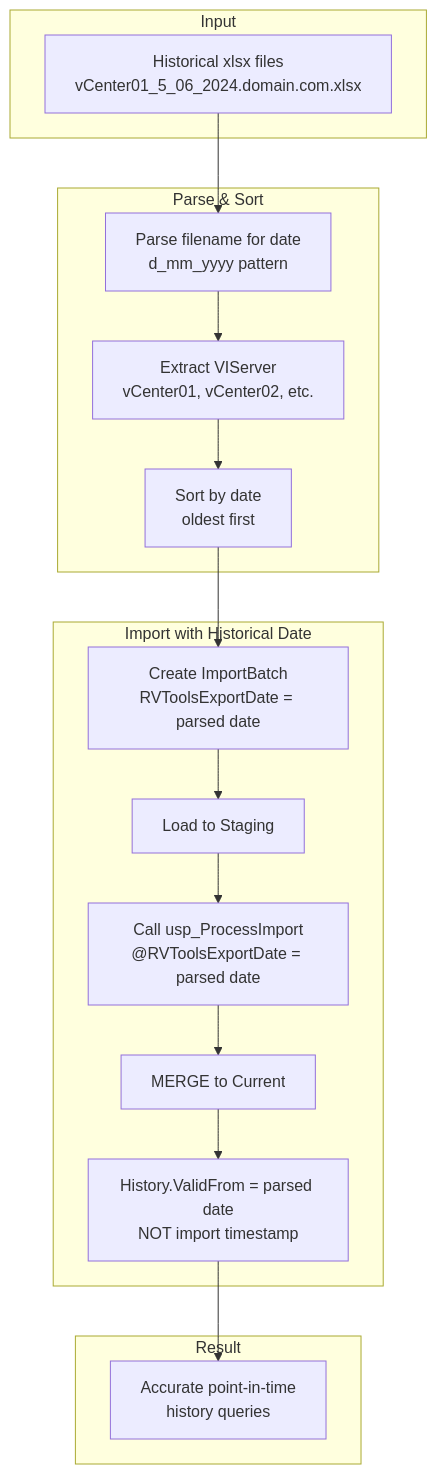
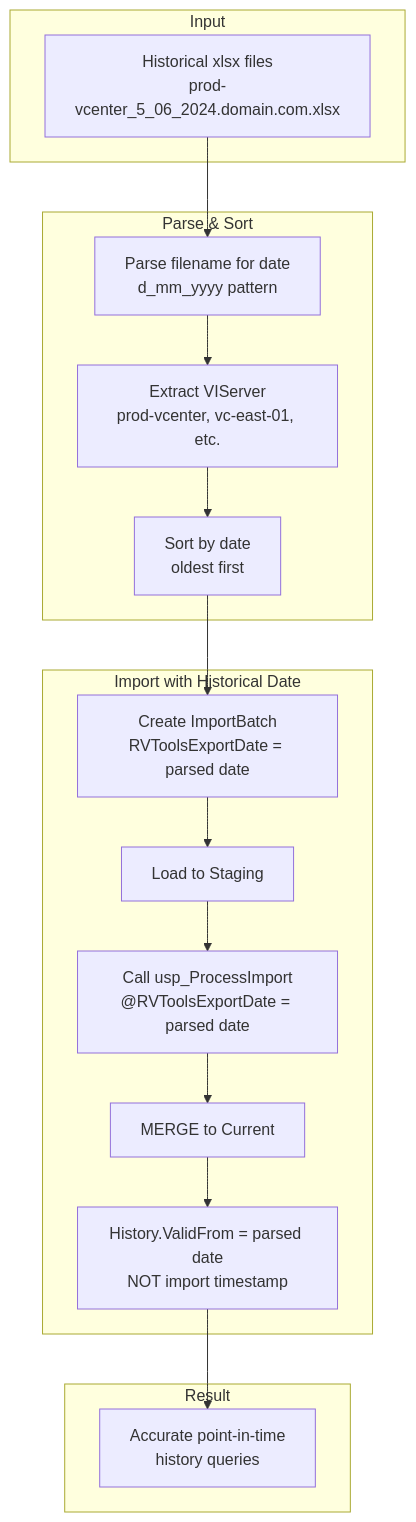
One commit to bankielewicz/rvtools-sql-server-data-warehouse changed the third of 3 diagrams in docs/architecture/data-flow.md. Above: the diagram before and after it, drawn with Mermaid. The commit also changed other lines of this file and 7 other files, not shown here.

First line of the commit message:
feat: Support flexible vCenter naming in historical import

````diff
--- a/docs/architecture/data-flow.md
+++ b/docs/architecture/data-flow.md
@@ -188,27 +192,27 @@
 ```mermaid
 flowchart TD
     subgraph Input
-        A[Historical xlsx files<br/>vCenter01_5_06_2024.domain.com.xlsx]
+        A[Historical xlsx files<br/>prod-vcenter_5_06_2024.domain.com.xlsx]
     end
 
     subgraph Parse["Parse & Sort"]
         B[Parse filename for date<br/>d_mm_yyyy pattern]
-        C[Extract VIServer<br/>vCenter01, vCenter02, etc.]
+        C[Extract VIServer<br/>prod-vcenter, vc-east-01, etc.]
         D[Sort by date<br/>oldest first]
     end
 
     subgraph Import["Import with Historical Date"]
         E[Create ImportBatch<br/>RVToolsExportDate = parsed date]
         F[Load to Staging]
         G[Call usp_ProcessImport<br/>@RVToolsExportDate = parsed date]
         H[MERGE to Current]
         I[History.ValidFrom = parsed date<br/>NOT import timestamp]
     end
 
     subgraph Result["Result"]
         J[Accurate point-in-time<br/>history queries]
     end
 
     A --> B --> C --> D
     D --> E --> F --> G --> H --> I --> J
 ```
````
